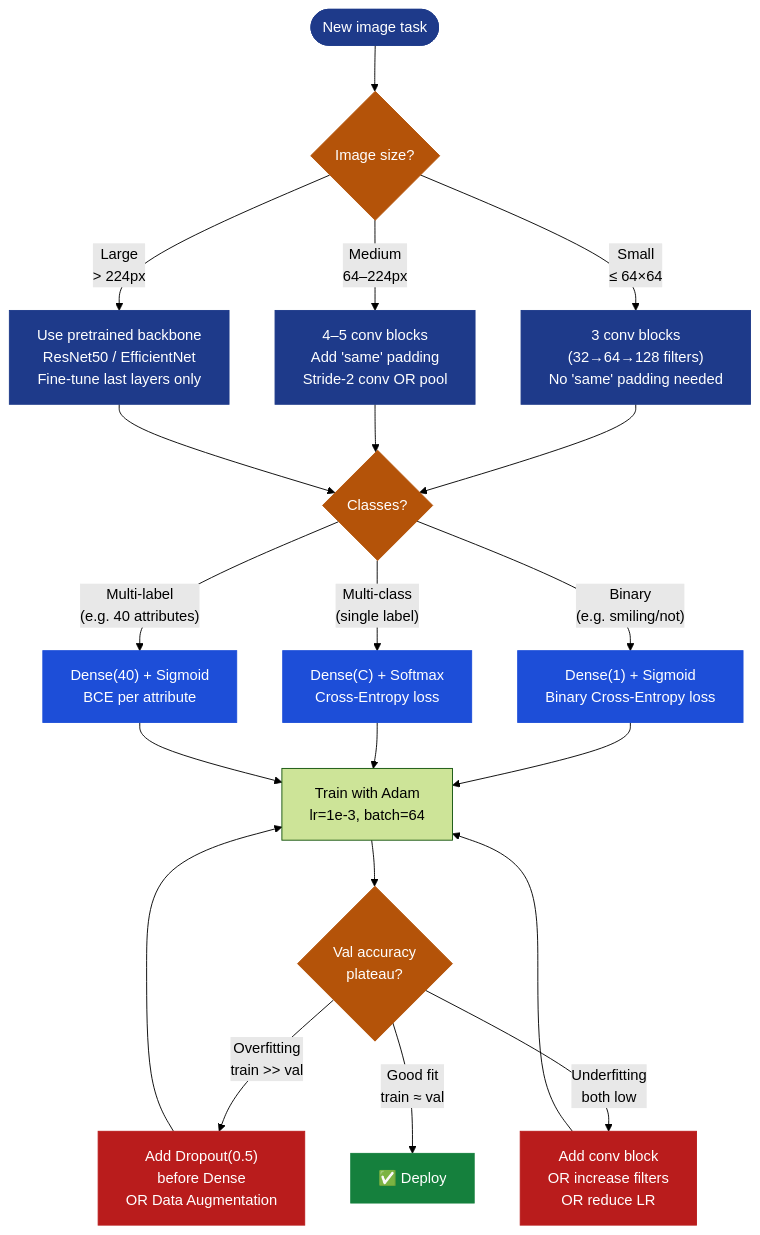
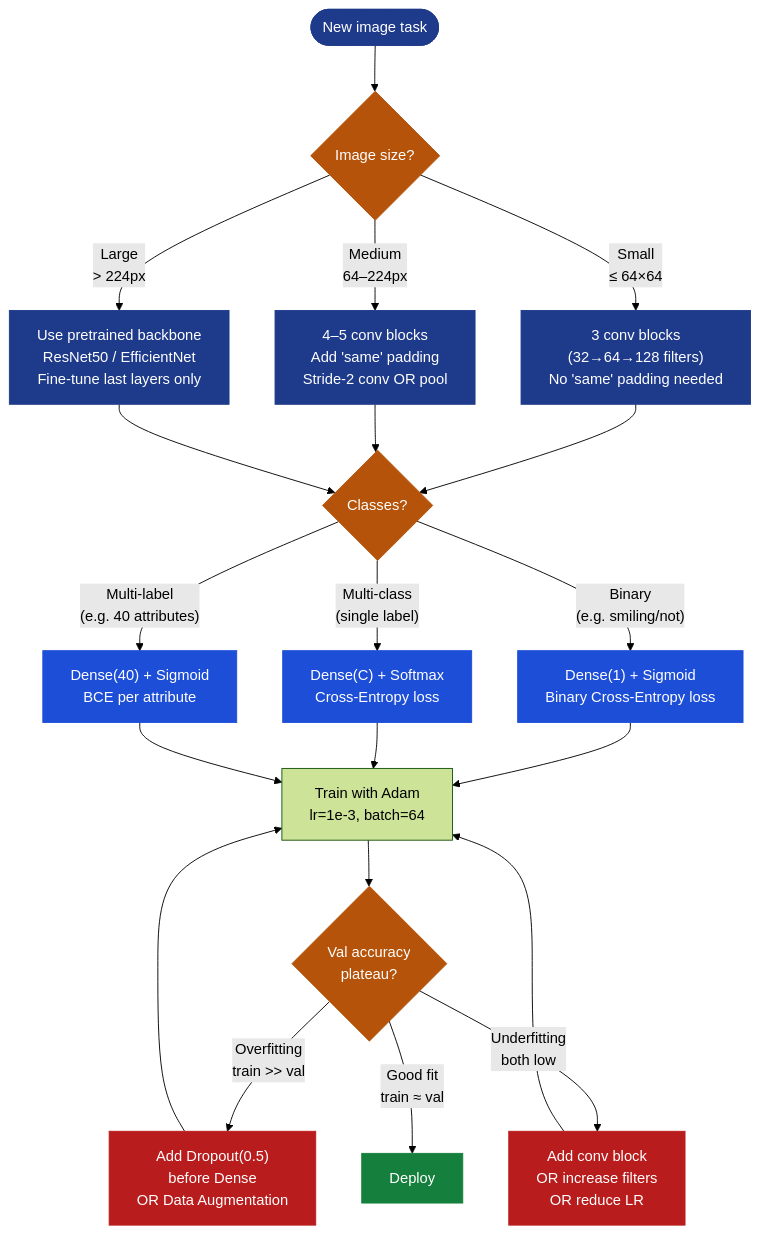
The second of 2 diagrams in notes/01-ml/03-neural-networks/ch05_cnns/README.md (dsgouda7/ai-portfolio), drawn with Mermaid (forest theme) before and after one commit. The commit also changed other lines of this file and 179 other files, not shown here.

````diff
--- a/notes/01-ml/03-neural-networks/ch05_cnns/README.md
+++ b/notes/01-ml/03-neural-networks/ch05_cnns/README.md
@@ -529,43 +528,43 @@
 ```mermaid
 flowchart TD
-    START(["New image task"])
-    START --> Q1{"Image size?"}
+ START(["New image task"])
+ START --> Q1{"Image size?"}
 
-    Q1 -->|"Small\n≤ 64×64"| SMALL["3 conv blocks\n(32→64→128 filters)\nNo 'same' padding needed"]
-    Q1 -->|"Medium\n64–224px"| MED["4–5 conv blocks\nAdd 'same' padding\nStride-2 conv OR pool"]
-    Q1 -->|"Large\n> 224px"| LARGE["Use pretrained backbone\nResNet50 / EfficientNet\nFine-tune last layers only"]
+ Q1 -->|"Small\n≤ 64×64"| SMALL["3 conv blocks\n(32→64→128 filters)\nNo 'same' padding needed"]
+ Q1 -->|"Medium\n64–224px"| MED["4–5 conv blocks\nAdd 'same' padding\nStride-2 conv OR pool"]
+ Q1 -->|"Large\n> 224px"| LARGE["Use pretrained backbone\nResNet50 / EfficientNet\nFine-tune last layers only"]
 
-    SMALL --> Q2{"Classes?"}
-    MED --> Q2
-    LARGE --> Q2
+ SMALL --> Q2{"Classes?"}
+ MED --> Q2
+ LARGE --> Q2
 
-    Q2 -->|"Binary\n(e.g. smiling/not)"| BIN["Dense(1) + Sigmoid\nBinary Cross-Entropy loss"]
-    Q2 -->|"Multi-class\n(single label)"| MULTI["Dense(C) + Softmax\nCross-Entropy loss"]
-    Q2 -->|"Multi-label\n(e.g. 40 attributes)"| MLABEL["Dense(40) + Sigmoid\nBCE per attribute"]
+ Q2 -->|"Binary\n(e.g. smiling/not)"| BIN["Dense(1) + Sigmoid\nBinary Cross-Entropy loss"]
+ Q2 -->|"Multi-class\n(single label)"| MULTI["Dense(C) + Softmax\nCross-Entropy loss"]
+ Q2 -->|"Multi-label\n(e.g. 40 attributes)"| MLABEL["Dense(40) + Sigmoid\nBCE per attribute"]
 
-    BIN --> TRAIN["Train with Adam\nlr=1e-3, batch=64"]
-    MULTI --> TRAIN
-    MLABEL --> TRAIN
+ BIN --> TRAIN["Train with Adam\nlr=1e-3, batch=64"]
+ MULTI --> TRAIN
+ MLABEL --> TRAIN
 
-    TRAIN --> Q3{"Val accuracy\nplateau?"}
-    Q3 -->|"Overfitting\ntrain >> val"| REG["Add Dropout(0.5)\nbefore Dense\nOR Data Augmentation"]
-    Q3 -->|"Underfitting\nboth low"| DEEPER["Add conv block\nOR increase filters\nOR reduce LR"]
-    Q3 -->|"Good fit\ntrain ≈ val"| DONE["✅ Deploy"]
+ TRAIN --> Q3{"Val accuracy\nplateau?"}
+ Q3 -->|"Overfitting\ntrain >> val"| REG["Add Dropout(0.5)\nbefore Dense\nOR Data Augmentation"]
+ Q3 -->|"Underfitting\nboth low"| DEEPER["Add conv block\nOR increase filters\nOR reduce LR"]
+ Q3 -->|"Good fit\ntrain ≈ val"| DONE[" Deploy"]
 
-    REG --> TRAIN
-    DEEPER --> TRAIN
+ REG --> TRAIN
+ DEEPER --> TRAIN
 
-    style START fill:#1e3a8a,color:#fff,stroke:#1e3a8a
-    style DONE fill:#15803d,color:#fff,stroke:#15803d
-    style Q1 fill:#b45309,color:#fff,stroke:#b45309
-    style Q2 fill:#b45309,color:#fff,stroke:#b45309
-    style Q3 fill:#b45309,color:#fff,stroke:#b45309
-    style BIN fill:#1d4ed8,color:#fff,stroke:#1d4ed8
-    style MULTI fill:#1d4ed8,color:#fff,stroke:#1d4ed8
-    style MLABEL fill:#1d4ed8,color:#fff,stroke:#1d4ed8
-    style REG fill:#b91c1c,color:#fff,stroke:#b91c1c
-    style DEEPER fill:#b91c1c,color:#fff,stroke:#b91c1c
-    style SMALL fill:#1e3a8a,color:#fff,stroke:#1e3a8a
-    style MED fill:#1e3a8a,color:#fff,stroke:#1e3a8a
-    style LARGE fill:#1e3a8a,color:#fff,stroke:#1e3a8a
+ style START fill:#1e3a8a,color:#fff,stroke:#1e3a8a
+ style DONE fill:#15803d,color:#fff,stroke:#15803d
+ style Q1 fill:#b45309,color:#fff,stroke:#b45309
+ style Q2 fill:#b45309,color:#fff,stroke:#b45309
+ style Q3 fill:#b45309,color:#fff,stroke:#b45309
+ style BIN fill:#1d4ed8,color:#fff,stroke:#1d4ed8
+ style MULTI fill:#1d4ed8,color:#fff,stroke:#1d4ed8
+ style MLABEL fill:#1d4ed8,color:#fff,stroke:#1d4ed8
+ style REG fill:#b91c1c,color:#fff,stroke:#b91c1c
+ style DEEPER fill:#b91c1c,color:#fff,stroke:#b91c1c
+ style SMALL fill:#1e3a8a,color:#fff,stroke:#1e3a8a
+ style MED fill:#1e3a8a,color:#fff,stroke:#1e3a8a
+ style LARGE fill:#1e3a8a,color:#fff,stroke:#1e3a8a
 ```
````
